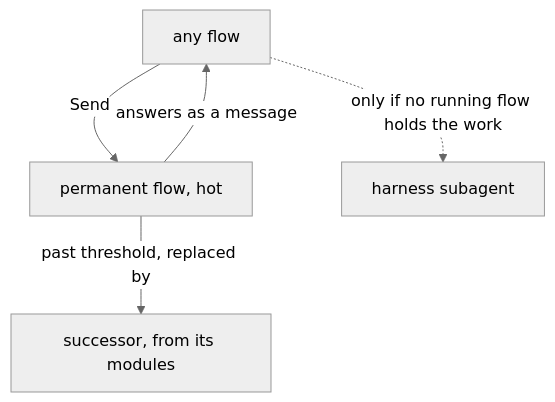
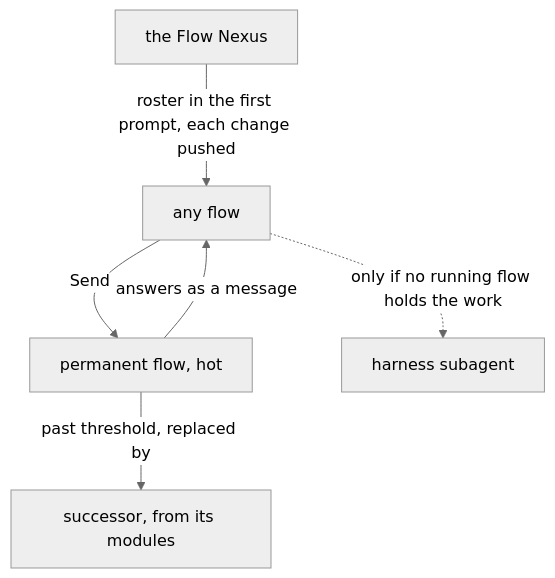
Before and after one commit to LiGoldragon/psyche-belief: the fourth of 6 diagrams in vision/flow-nexus-v1.md, drawn with Mermaid (neutral theme). The commit also changed other lines of this file and 1 other file, not shown here.

````diff
--- a/vision/flow-nexus-v1.md
+++ b/vision/flow-nexus-v1.md
@@ -201,7 +214,8 @@
 ```mermaid
 flowchart TB
-    f["any flow"] -- "Send" --> p["permanent flow, hot"]
+    n["the Flow Nexus"] -- "roster in the first prompt, each change pushed" --> f["any flow"]
+    f -- "Send" --> p["permanent flow, hot"]
     p -- "answers as a message" --> f
     f -. "only if no running flow holds the work" .-> h["harness subagent"]
     p -- "past threshold, replaced by" --> s["successor, from its modules"]
 ```
````
